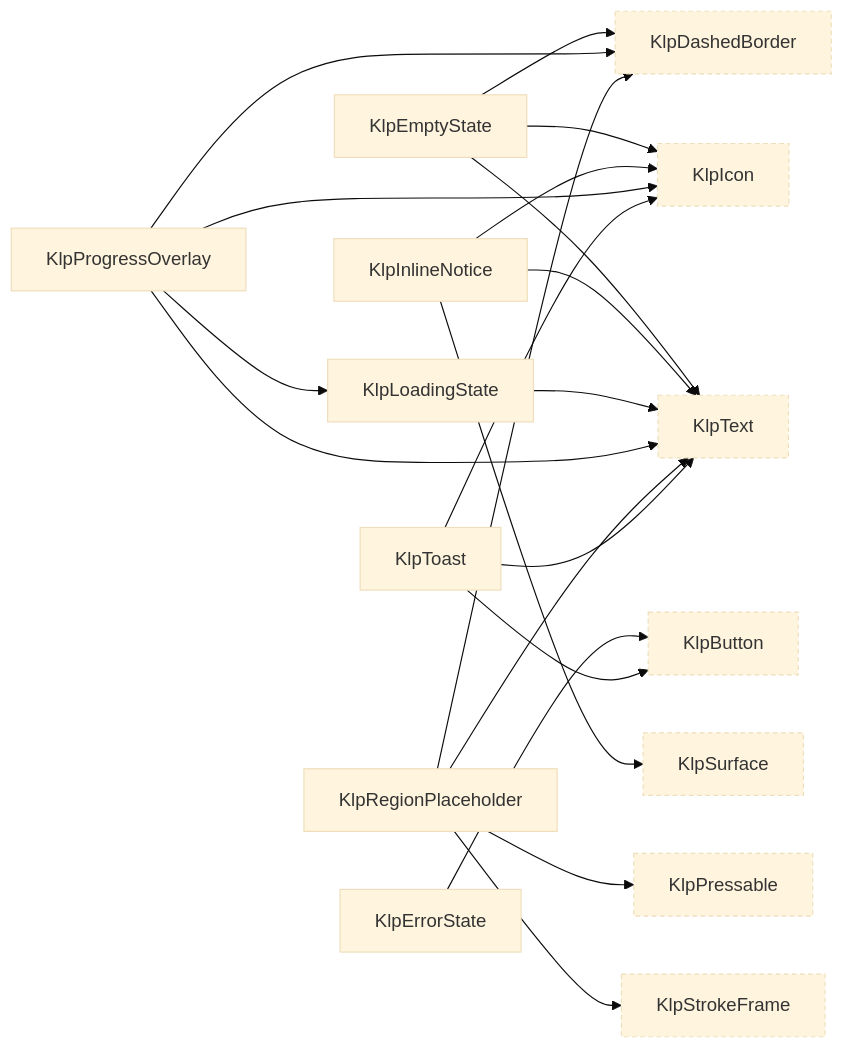
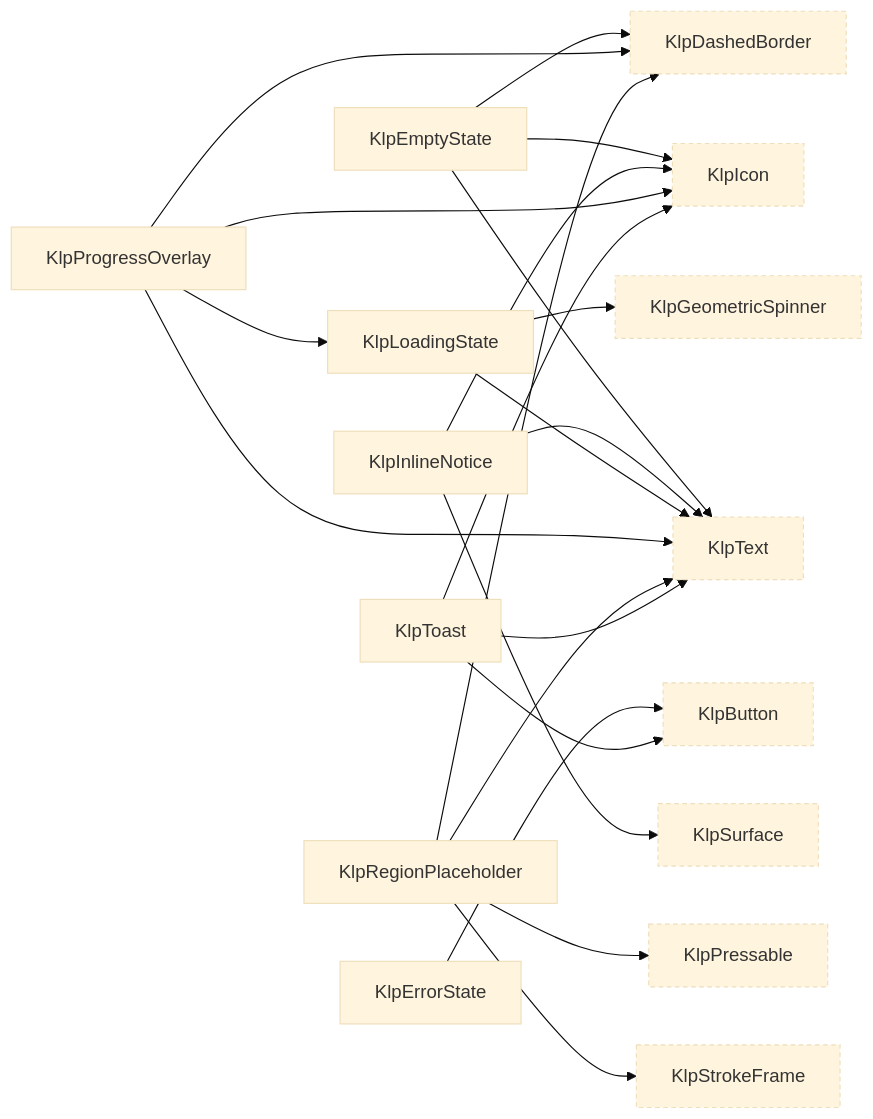
Before and after one commit to MiuDog/Kallopis: diagram 12 of 16 in spec/component-inventory.md, drawn with Mermaid (base theme). The commit also changed other lines of this file and 31 other files, not shown here.

````diff
--- a/spec/component-inventory.md
+++ b/spec/component-inventory.md
@@ -737,37 +740,39 @@
 ```mermaid
 graph LR
   KlpButton["KlpButton"]:::external
   KlpDashedBorder["KlpDashedBorder"]:::external
   KlpEmptyState["KlpEmptyState"]
   KlpErrorState["KlpErrorState"]
+  KlpGeometricSpinner["KlpGeometricSpinner"]:::external
   KlpIcon["KlpIcon"]:::external
   KlpInlineNotice["KlpInlineNotice"]
   KlpLoadingState["KlpLoadingState"]
   KlpPressable["KlpPressable"]:::external
   KlpProgressOverlay["KlpProgressOverlay"]
   KlpRegionPlaceholder["KlpRegionPlaceholder"]
   KlpStrokeFrame["KlpStrokeFrame"]:::external
   KlpSurface["KlpSurface"]:::external
   KlpText["KlpText"]:::external
   KlpToast["KlpToast"]
   KlpEmptyState --> KlpDashedBorder
   KlpEmptyState --> KlpIcon
   KlpEmptyState --> KlpText
   KlpErrorState --> KlpButton
   KlpInlineNotice --> KlpIcon
   KlpInlineNotice --> KlpSurface
   KlpInlineNotice --> KlpText
+  KlpLoadingState --> KlpGeometricSpinner
   KlpLoadingState --> KlpText
   KlpProgressOverlay --> KlpDashedBorder
   KlpProgressOverlay --> KlpIcon
   KlpProgressOverlay --> KlpLoadingState
   KlpProgressOverlay --> KlpText
   KlpRegionPlaceholder --> KlpDashedBorder
   KlpRegionPlaceholder --> KlpPressable
   KlpRegionPlaceholder --> KlpStrokeFrame
   KlpRegionPlaceholder --> KlpText
   KlpToast --> KlpButton
   KlpToast --> KlpIcon
   KlpToast --> KlpText
   classDef external stroke-dasharray: 4 3;
 ```
````
